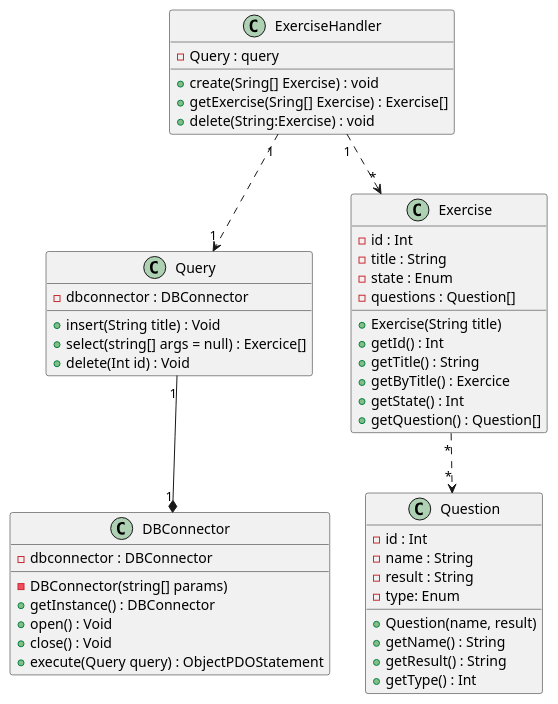
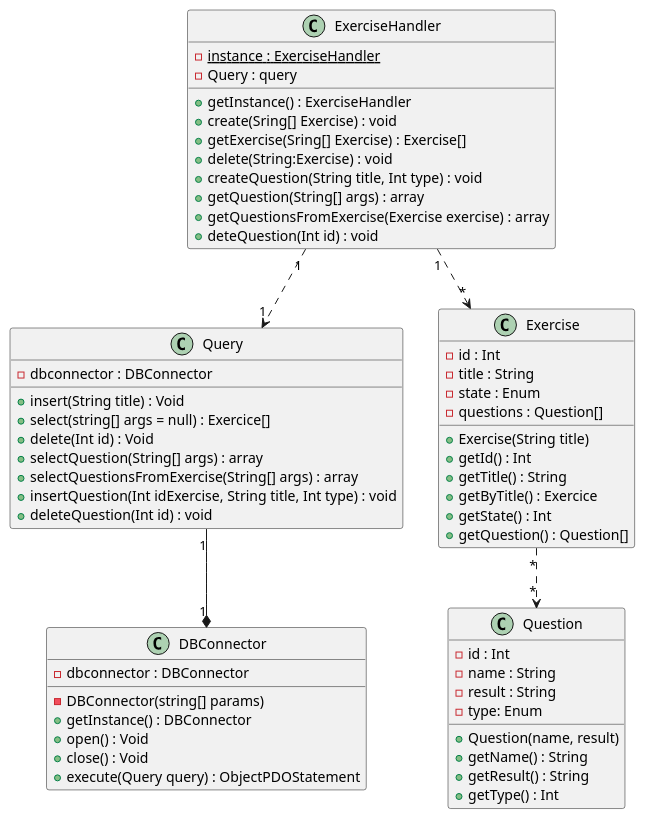
One commit to CPNV-ES/MAW1.1-JLR-JBD changed the diagram in Documentation/ClassDiagram.pu. Above: the diagram before and after it, drawn with PlantUML. The commit also changed 4 other files, not shown here.

Commit message:
updated class and use case diagrams

```diff
--- a/Documentation/ClassDiagram.pu
+++ b/Documentation/ClassDiagram.pu
@@ -1,49 +1,59 @@
 @startuml
 class ExerciseHandler{
+    {static} -instance : ExerciseHandler 
     -Query : query
+    +getInstance() : ExerciseHandler
     +create(Sring[] Exercise) : void 
     +getExercise(Sring[] Exercise) : Exercise[]
     +delete(String:Exercise) : void
+    +createQuestion(String title, Int type) : void
+    +getQuestion(String[] args) : array
+    +getQuestionsFromExercise(Exercise exercise) : array
+    +deteQuestion(Int id) : void 
 }
 class Query{
     -dbconnector : DBConnector
     +insert(String title) : Void
     +select(string[] args = null) : Exercice[]
     +delete(Int id) : Void
+    +selectQuestion(String[] args) : array
+    +selectQuestionsFromExercise(String[] args) : array
+    +insertQuestion(Int idExercise, String title, Int type) : void
+    +deleteQuestion(Int id) : void
 }
 class Exercise{
     -id : Int
     -title : String
     -state : Enum
     -questions : Question[]
     +Exercise(String title) 
     +getId() : Int
     +getTitle() : String
     +getByTitle() : Exercice
     +getState() : Int 
     +getQuestion() : Question[]
 }
 class DBConnector {
     -dbconnector : DBConnector
     -DBConnector(string[] params)
     +getInstance() : DBConnector
     +open() : Void
     +close() : Void
     +execute(Query query) : ObjectPDOStatement
 }
 class Question{
     -id : Int
     -name : String
     -result : String
     -type: Enum
     +Question(name, result)
     +getName() : String
     +getResult() : String
     +getType() : Int
 }
 
 ExerciseHandler "1" ..> "1" Query 
 Query "1" --* "1" DBConnector 
 ExerciseHandler "1" ..> "*" Exercise 
 Exercise "*" ..> "*" Question 
 @enduml
```
